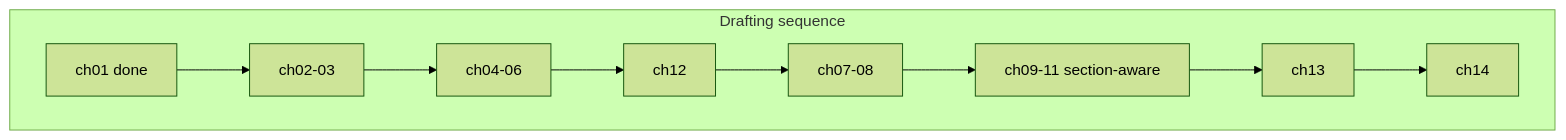
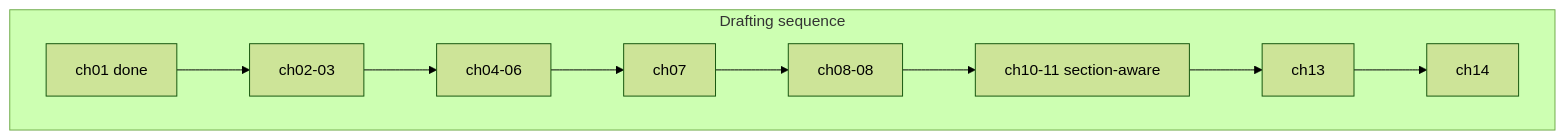
The diagram in architecture/CHAPTER_PLAN.md (GeneralKnowledge/Good-Dog-Book), drawn with Mermaid (forest theme) before and after one commit. The commit also changed other lines of this file and 35 other files, not shown here.

````diff
--- a/architecture/CHAPTER_PLAN.md
+++ b/architecture/CHAPTER_PLAN.md
@@ -24,12 +24,12 @@
 ```mermaid
 flowchart TB
   subgraph plan [Drafting sequence]
     D1[ch01 done] --> D2[ch02-03]
     D2 --> D4[ch04-06]
-    D4 --> D12[ch12]
-    D12 --> D7[ch07-08]
-    D7 --> D9[ch09-11 section-aware]
+    D4 --> D12[ch07]
+    D12 --> D7[ch08-08]
+    D7 --> D9[ch10-11 section-aware]
     D9 --> D13[ch13]
     D13 --> D14[ch14]
   end
 ```
````
